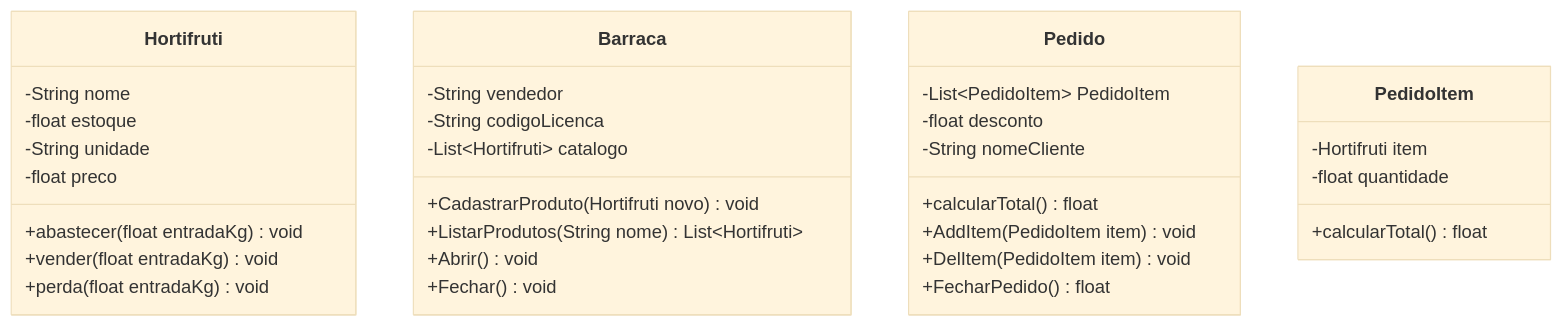
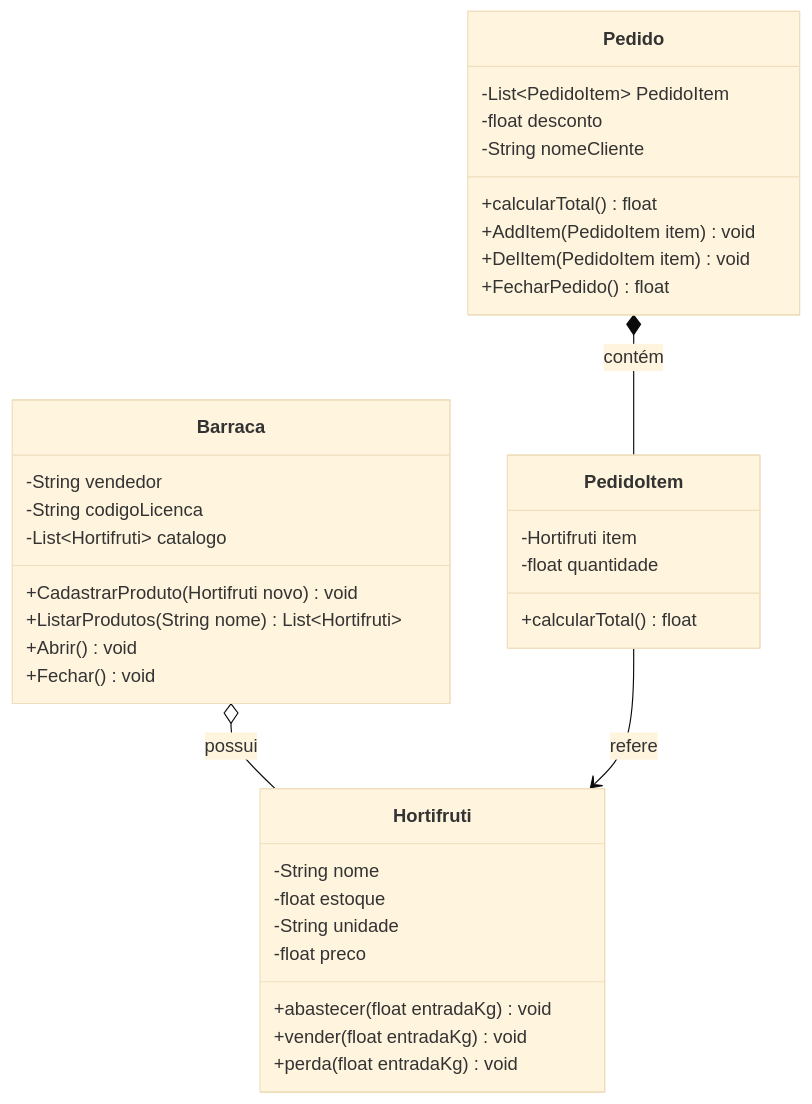
The first of 3 diagrams in aula04/src/segmento/README.md (alessandrocabralfatec/linguagemprogramacao1), drawn with Mermaid (base theme) before and after one commit.

Commit message:
doc(README): relacao entre classes da feira

````diff
--- a/aula04/src/segmento/README.md
+++ b/aula04/src/segmento/README.md
@@ -19,47 +19,51 @@
 ```mermaid
 classDiagram
 title Feira
+    
+     Barraca o-- Hortifruti : possui
+     Pedido *-- PedidoItem : contém
+     PedidoItem --> Hortifruti : refere
     
     class Hortifruti {
         -String nome
         -float estoque
         -String unidade
         -float preco
         
         +abastecer(float entradaKg) void
         +vender(float entradaKg) void
         +perda(float entradaKg) void
     }
     
     class Barraca {
         -String vendedor
         -String codigoLicenca
         -List~Hortifruti~ catalogo
         
         +CadastrarProduto(Hortifruti novo) void
         +ListarProdutos(String nome) List~Hortifruti~
         +Abrir() void
         +Fechar() void
     }
     
     class Pedido{
     
         -List~PedidoItem~ PedidoItem
         -float desconto
         -String nomeCliente
         
         +calcularTotal() float
         +AddItem(PedidoItem item) void
         +DelItem(PedidoItem item) void
         +FecharPedido() float
     }
     
     class PedidoItem{
         -Hortifruti item
         -float quantidade
         
         +calcularTotal() float
     }
  
   
 ```
````
